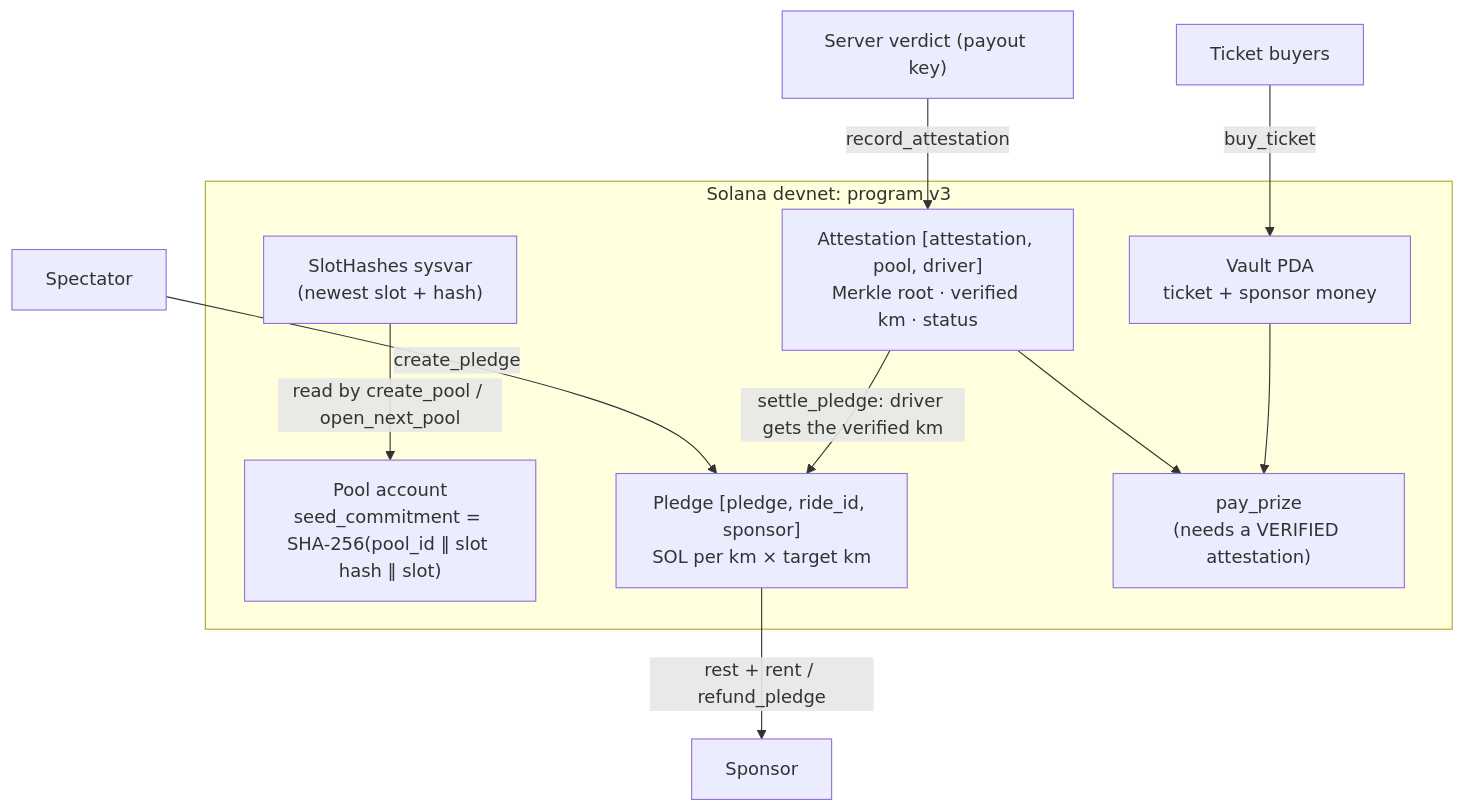
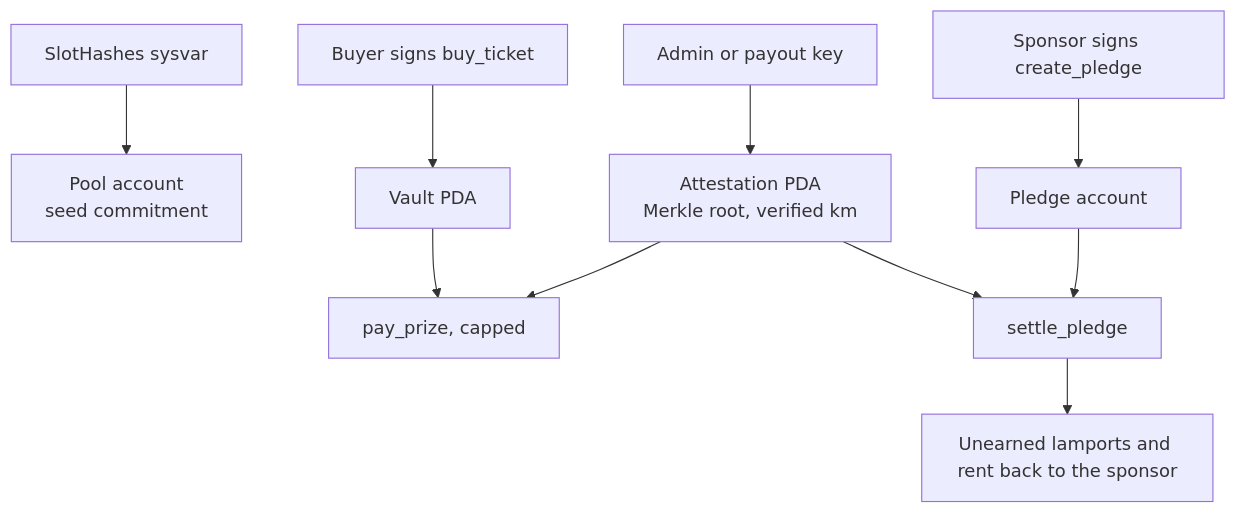
The first of 7 diagrams in README.md (recferret-bit/freightchain), drawn with Mermaid before and after one commit. The commit also changed other lines of this file and 2 other files, not shown here.

First line of the commit message:
README: the judge page names the live program and drops the repeated pitch.

````diff
--- a/README.md
+++ b/README.md
@@ -257,19 +78,12 @@
 ```mermaid
 flowchart TB
-  subgraph solana [Solana devnet: program v3]
-    slot["SlotHashes sysvar<br/>(newest slot + hash)"]
-    pool["Pool account<br/>seed_commitment = SHA-256(pool_id ‖ slot hash ‖ slot)"]
-    vault["Vault PDA<br/>ticket + sponsor money"]
-    pledge["Pledge [pledge, ride_id, sponsor]<br/>SOL per km × target km"]
-    attest["Attestation [attestation, pool, driver]<br/>Merkle root · verified km · status"]
-    prize["pay_prize<br/>(needs a VERIFIED attestation)"]
-  end
-  slot -->|"read by create_pool / open_next_pool"| pool
-  tickets["Ticket buyers"] -->|"buy_ticket"| vault
-  sponsor["Spectator"] -->|"create_pledge"| pledge
-  judge["Server verdict (payout key)"] -->|"record_attestation"| attest
-  attest --> prize
+  slot["SlotHashes sysvar"] --> pool["Pool account<br/>seed commitment"]
+  buyer["Buyer signs buy_ticket"] --> vault["Vault PDA"]
+  sponsor["Sponsor signs create_pledge"] --> pledge["Pledge account"]
+  server["Admin or payout key"] --> attest["Attestation PDA<br/>Merkle root, verified km"]
+  attest --> prize["pay_prize, capped"]
   vault --> prize
-  attest -->|"settle_pledge: driver gets the verified km"| pledge
-  pledge -->|"rest + rent / refund_pledge"| back["Sponsor"]
+  attest --> settle["settle_pledge"]
+  pledge --> settle
+  settle --> back["Unearned lamports and rent back to the sponsor"]
 ```
````
